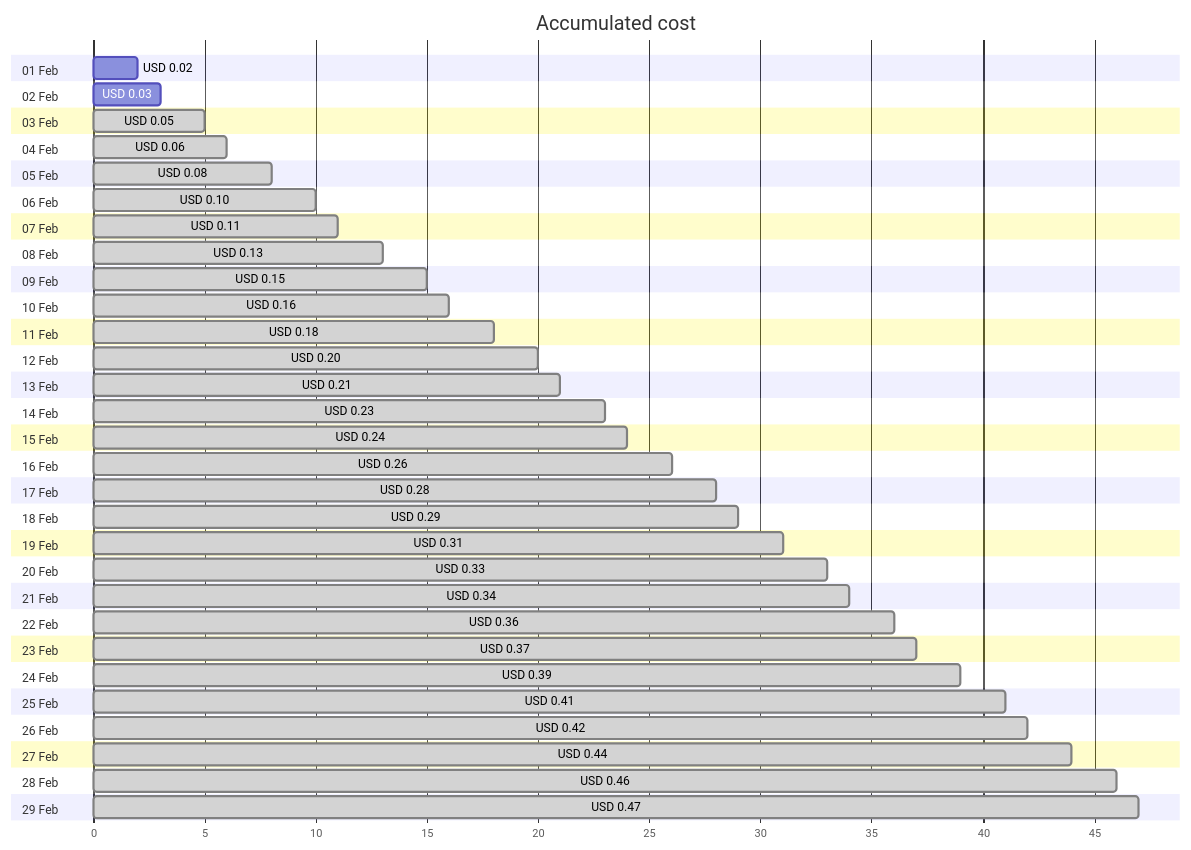
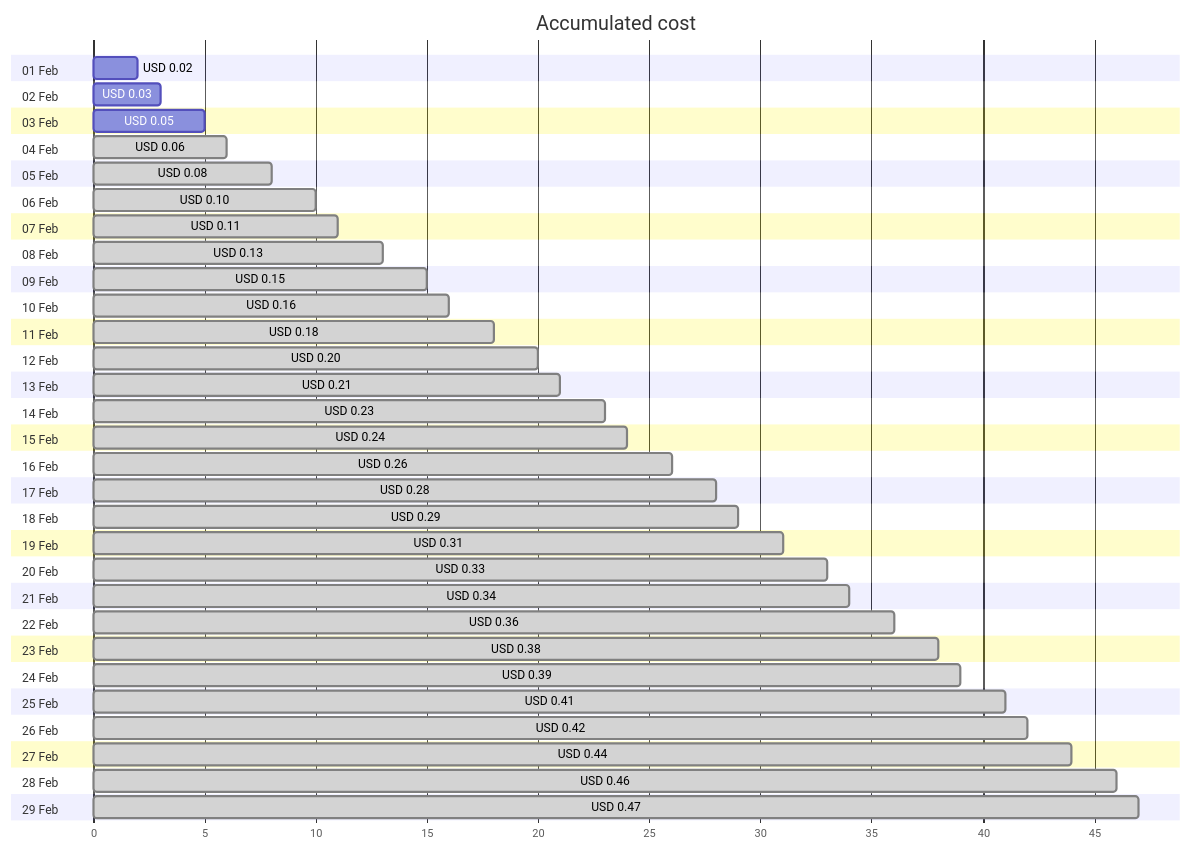
One commit to jpfulton/azure-personal-reports changed the first of 4 diagrams in cost-reports/personal-dns/jpatrickfulton.dev.md. Above: the diagram before and after it, drawn with Mermaid. The commit also changed other lines of this file and 2 other files, not shown here.

````diff
--- a/cost-reports/personal-dns/jpatrickfulton.dev.md
+++ b/cost-reports/personal-dns/jpatrickfulton.dev.md
@@ -20,64 +20,64 @@
 ```mermaid
 gantt
    title Accumulated cost
    dateFormat  X
    axisFormat %s
    section 01 Feb
    USD 0.02 :0, 2
    section 02 Feb
    USD 0.03 :0, 3
    section 03 Feb
-   USD 0.05 : done, 0, 5
+   USD 0.05 :0, 5
    section 04 Feb
    USD 0.06 : done, 0, 6
    section 05 Feb
    USD 0.08 : done, 0, 8
    section 06 Feb
    USD 0.10 : done, 0, 10
    section 07 Feb
    USD 0.11 : done, 0, 11
    section 08 Feb
    USD 0.13 : done, 0, 13
    section 09 Feb
    USD 0.15 : done, 0, 15
    section 10 Feb
    USD 0.16 : done, 0, 16
    section 11 Feb
    USD 0.18 : done, 0, 18
    section 12 Feb
    USD 0.20 : done, 0, 20
    section 13 Feb
    USD 0.21 : done, 0, 21
    section 14 Feb
    USD 0.23 : done, 0, 23
    section 15 Feb
    USD 0.24 : done, 0, 24
    section 16 Feb
    USD 0.26 : done, 0, 26
    section 17 Feb
    USD 0.28 : done, 0, 28
    section 18 Feb
    USD 0.29 : done, 0, 29
    section 19 Feb
    USD 0.31 : done, 0, 31
    section 20 Feb
    USD 0.33 : done, 0, 33
    section 21 Feb
    USD 0.34 : done, 0, 34
    section 22 Feb
    USD 0.36 : done, 0, 36
    section 23 Feb
-   USD 0.37 : done, 0, 37
+   USD 0.38 : done, 0, 38
    section 24 Feb
    USD 0.39 : done, 0, 39
    section 25 Feb
    USD 0.41 : done, 0, 41
    section 26 Feb
    USD 0.42 : done, 0, 42
    section 27 Feb
    USD 0.44 : done, 0, 44
    section 28 Feb
    USD 0.46 : done, 0, 46
    section 29 Feb
    USD 0.47 : done, 0, 47
 ```
````
